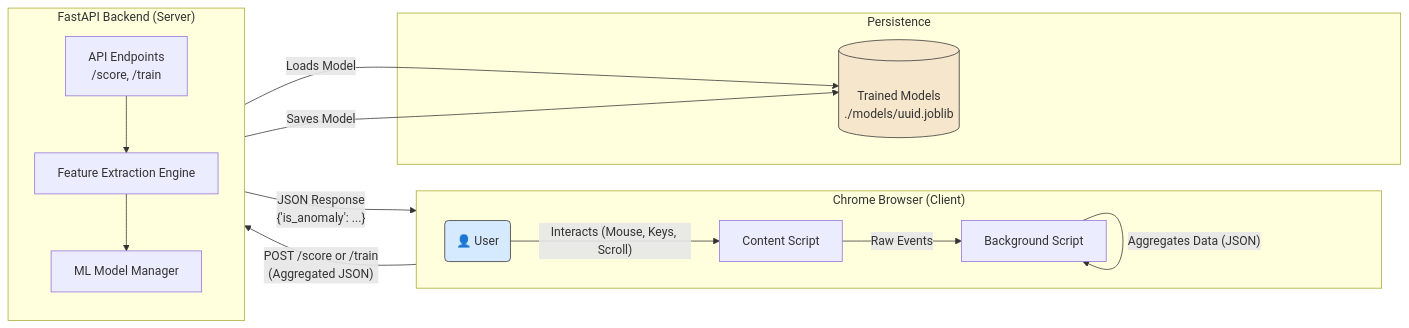
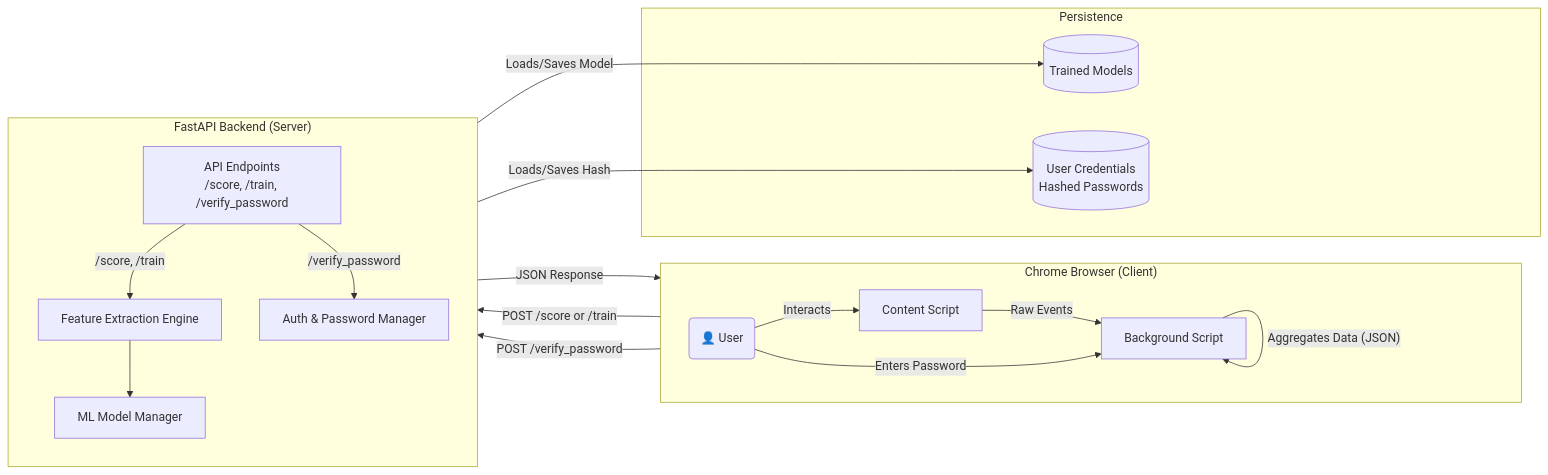
Before and after one commit to Sureinity/maxidom: the diagram in docs/03_SYSTEM_ARCHITECTURE.md, drawn with Mermaid. The commit also changed other lines of this file and 6 other files, not shown here.

Commit message:
docs: add password prompt response and /enroll/ endpoint for verification password setup

````diff
--- a/docs/03_SYSTEM_ARCHITECTURE.md
+++ b/docs/03_SYSTEM_ARCHITECTURE.md
@@ -67,33 +70,35 @@
 ```mermaid
 graph LR
     subgraph "Chrome Browser (Client)"
         direction LR
-        User(👤 User) -- "Interacts (Mouse, Keys, Scroll)" --> ContentScript[Content Script]
+        User(👤 User) -- "Interacts" --> ContentScript[Content Script]
         ContentScript -- "Raw Events" --> BackgroundScript[Background Script]
         BackgroundScript -- "Aggregates Data (JSON)" --> BackgroundScript
     end
 
     subgraph "FastAPI Backend (Server)"
         direction TB
-        API[API Endpoints<br>/score, /train]
+        API[API Endpoints<br>/score, /train, /verify_password]
         FeatureExtractor[Feature Extraction Engine]
         ModelManager[ML Model Manager]
+        AuthManager[Auth & Password Manager]
         
-        API --> FeatureExtractor
+        API -- "/score, /train" --> FeatureExtractor
         FeatureExtractor --> ModelManager
+        API -- "/verify_password" --> AuthManager
     end
 
     subgraph "Persistence"
-        ModelStorage[(<br>Trained Models<br>./models/uuid.joblib)]
+        ModelStorage[(Trained Models)]
+        UserDB[(User Credentials<br>Hashed Passwords)]
     end
 
-    BackgroundScript -- "POST /score or /train<br>(Aggregated JSON)" --> API
-    API -- "JSON Response<br>{'is_anomaly': ...}" --> BackgroundScript
+    BackgroundScript -- "POST /score or /train" --> API
+    API -- "JSON Response" --> BackgroundScript
 
-    ModelManager -- "Loads Model" --> ModelStorage
-    ModelManager -- "Saves Model" --> ModelStorage
+    ModelManager -- "Loads/Saves Model" --> ModelStorage
+    AuthManager -- "Loads/Saves Hash" --> UserDB
 
-    style User fill:#d6eaff,stroke:#333
-    style ModelStorage fill:#f5e6cc,stroke:#333
-
+    User -- "Enters Password" --> BackgroundScript
+    BackgroundScript -- "POST /verify_password" --> API
 ```
````
